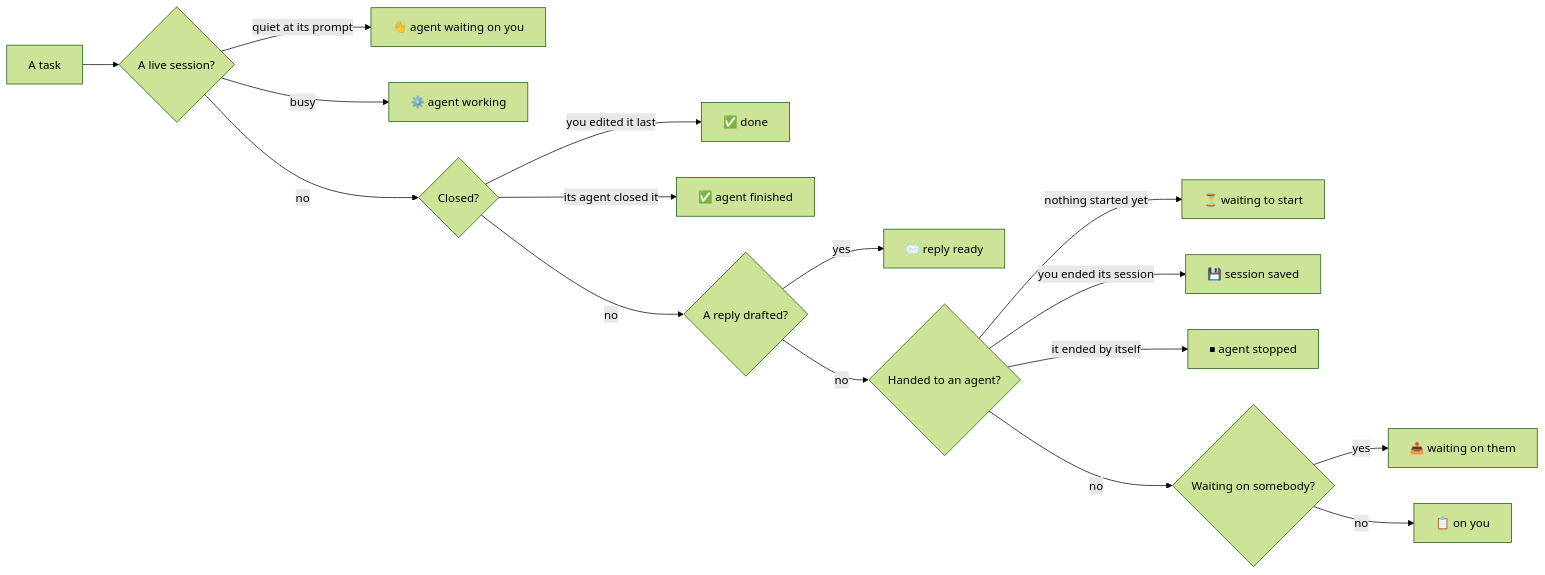
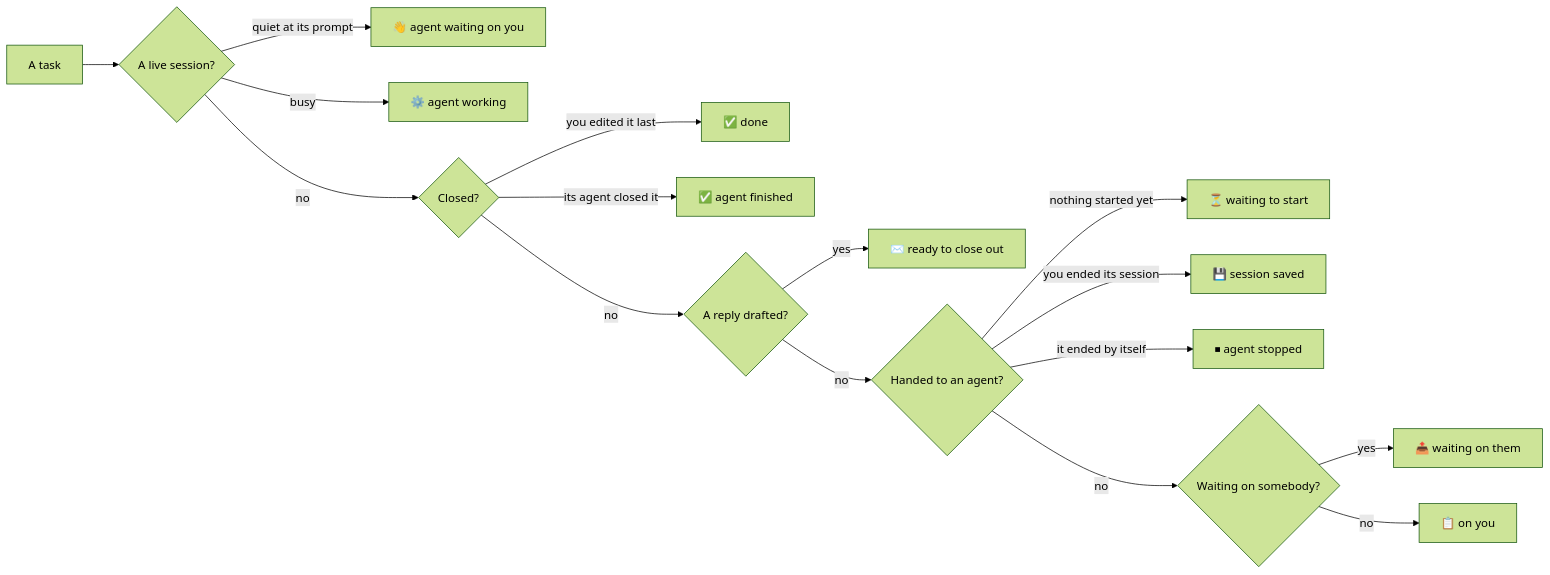
The diagram in docs/tasks-and-board.md (ldbumble/taskuary), drawn with Mermaid (forest theme) before and after one commit. The commit also changed other lines of this file and 33 other files, not shown here.

First line of the commit message:
feat: "ready to close out" is the one word for a task waiting on your yes, everywhere

````diff
--- a/docs/tasks-and-board.md
+++ b/docs/tasks-and-board.md
@@ -8,18 +8,18 @@
 ```mermaid
 flowchart LR
   T["A task"] --> L{"A live session?"}
   L -->|quiet at its prompt| B["👋 agent waiting on you"]
   L -->|busy| W["⚙️ agent working"]
   L -->|no| C{"Closed?"}
   C -->|you edited it last| D["✅ done"]
   C -->|its agent closed it| F["✅ agent finished"]
   C -->|no| R{"A reply drafted?"}
-  R -->|yes| A["✉️ reply ready"]
+  R -->|yes| A["✉️ ready to close out"]
   R -->|no| Q{"Handed to an agent?"}
   Q -->|nothing started yet| Z["⏳ waiting to start"]
   Q -->|you ended its session| S["💾 session saved"]
   Q -->|it ended by itself| X["⏹ agent stopped"]
   Q -->|no| O{"Waiting on somebody?"}
   O -->|yes| TH["📤 waiting on them"]
   O -->|no| Y["📋 on you"]
 ```
````
